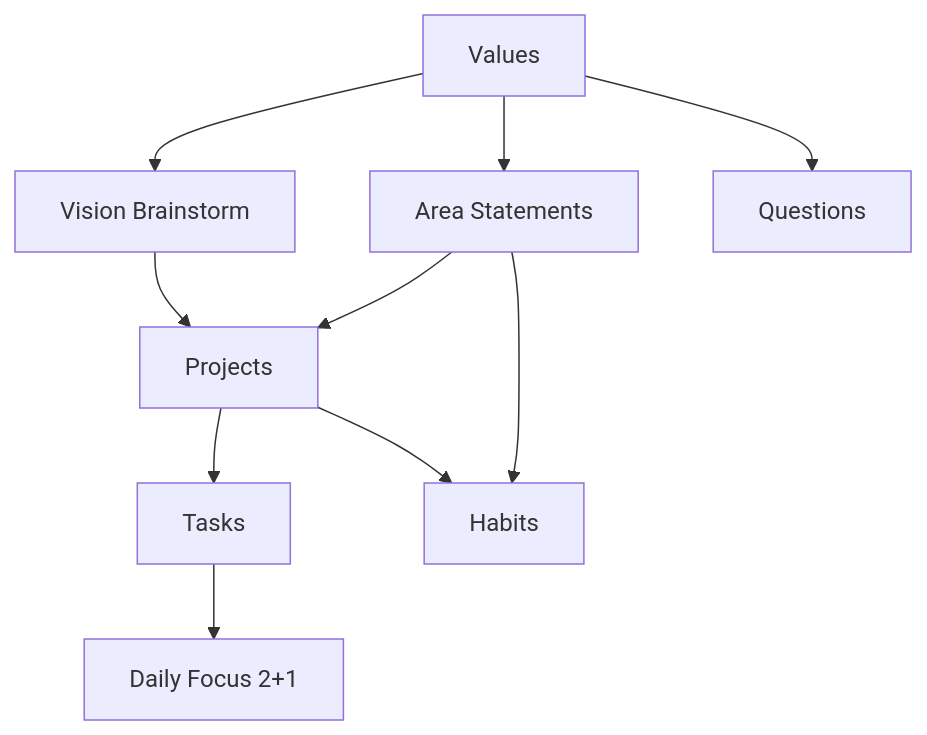
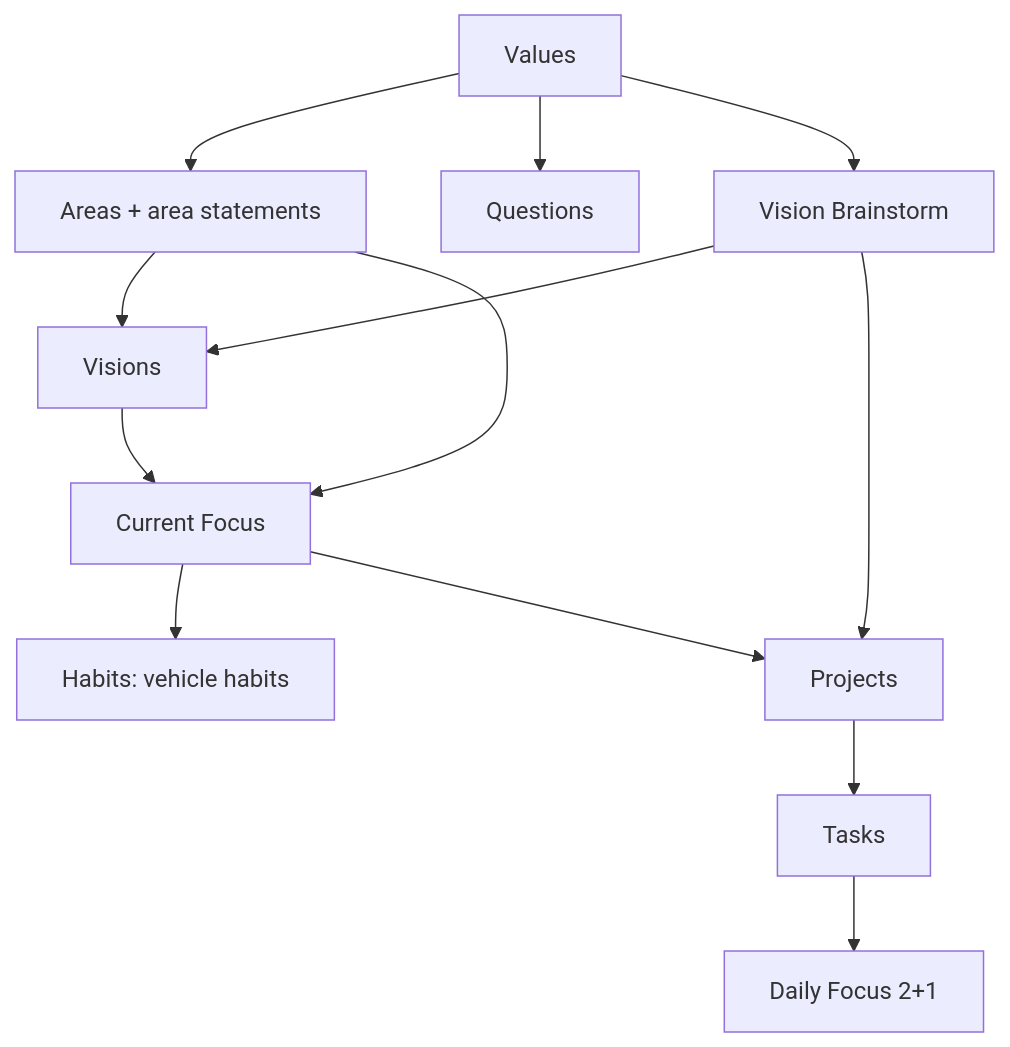
The first of 4 diagrams in docs/workflows.md (Jikodis/my-pfc), drawn with Mermaid before and after one commit. The commit also changed other lines of this file and 11 other files, not shown here.

````diff
--- a/docs/workflows.md
+++ b/docs/workflows.md
@@ -7,12 +9,15 @@
 ```mermaid
 flowchart TD
-    V[Values] --> AS[Area Statements]
+    V[Values] --> AS[Areas + area statements]
+    V --> Q[Questions]
     V --> PB[Vision Brainstorm]
-    V --> Q[Questions]
-    AS --> P[Projects]
+    PB --> VI[Visions]
+    AS --> VI
+    VI --> F[Current Focus]
+    AS --> F
+    F --> H[Habits: vehicle habits]
+    F --> P[Projects]
     PB --> P
     P --> T[Tasks]
-    AS --> H[Habits]
-    P --> H
     T --> DF[Daily Focus 2+1]
 ```
````
